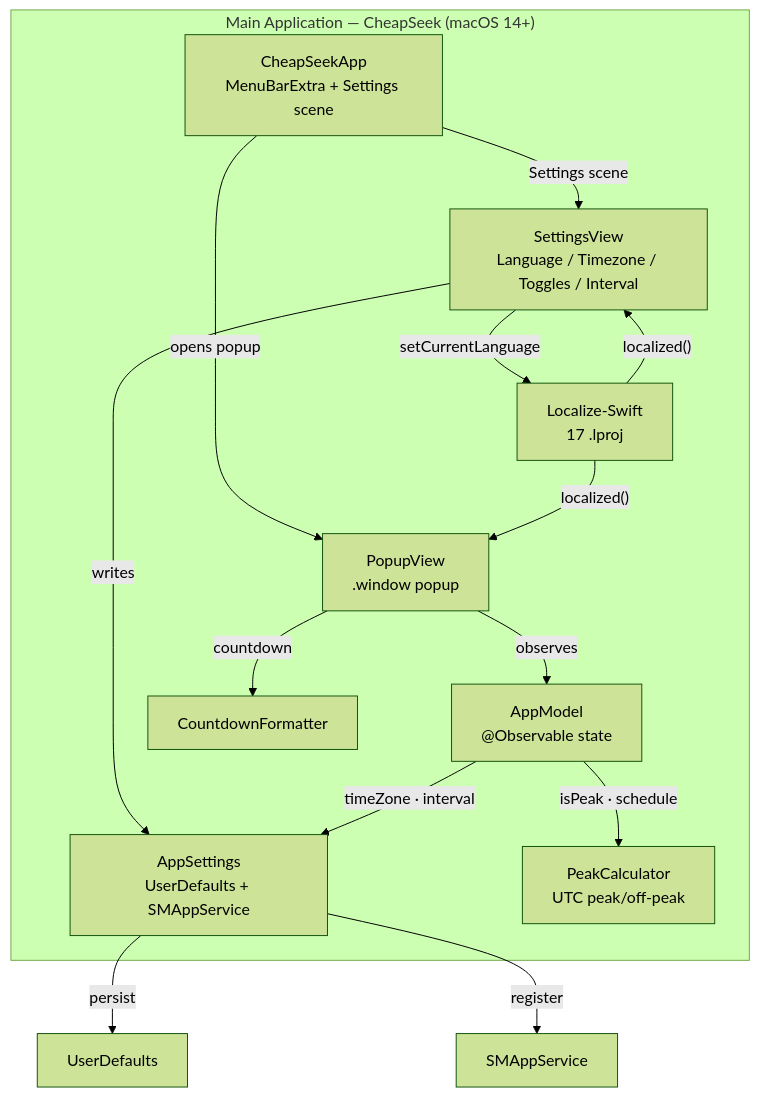
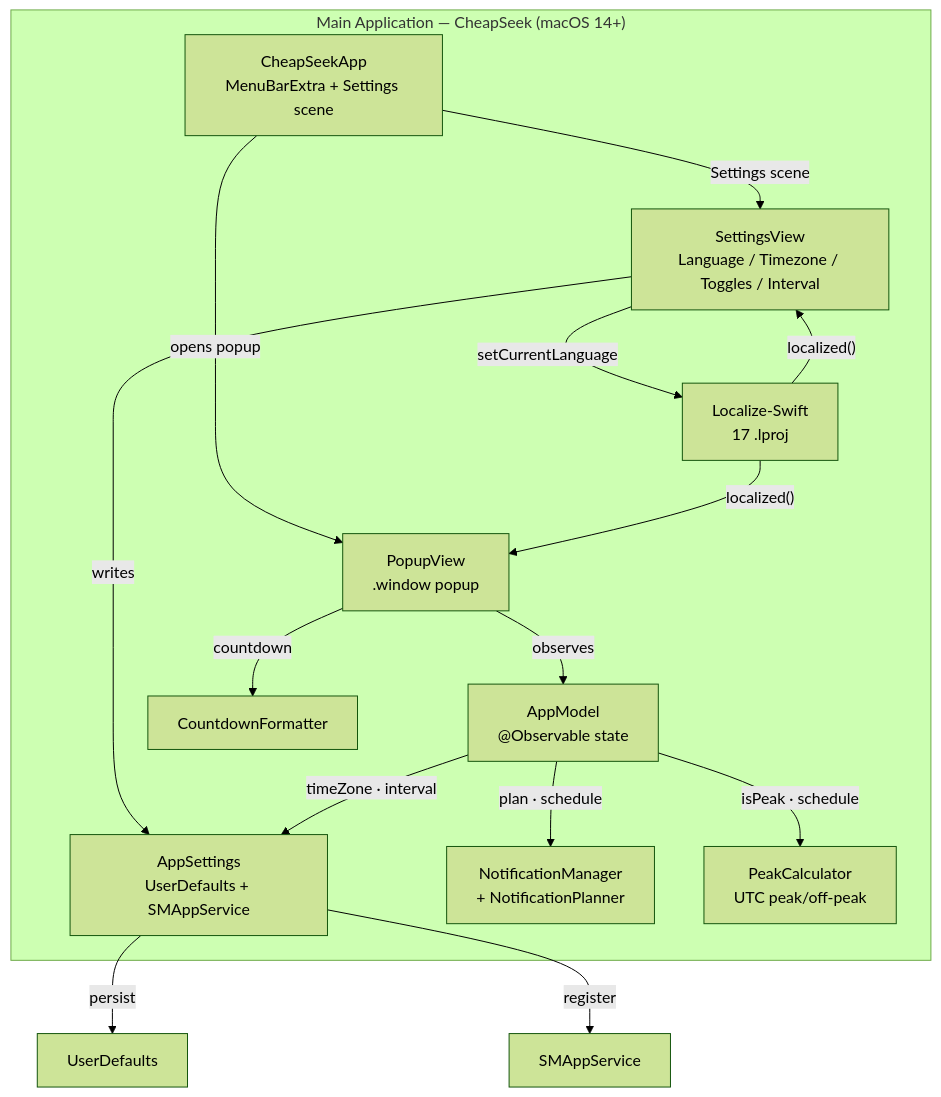
Before and after one commit to mahirfatih/cheapseek: the diagram in README.md, drawn with Mermaid (forest theme). The commit also changed other lines of this file and 31 other files, not shown here.

Commit message:
Add pure notification planner for peak transitions

````diff
--- a/README.md
+++ b/README.md
@@ -46,26 +47,28 @@
 ```mermaid
 graph TD
     subgraph App["Main Application — CheapSeek (macOS 14+)"]
         Entry["CheapSeekApp<br/>MenuBarExtra + Settings scene"]
         Popup["PopupView<br/>.window popup"]
         Settings["SettingsView<br/>Language / Timezone / Toggles / Interval"]
         Model["AppModel<br/>@Observable state"]
         Config["AppSettings<br/>UserDefaults + SMAppService"]
+        Notify["NotificationManager<br/>+ NotificationPlanner"]
         Core["PeakCalculator<br/>UTC peak/off-peak"]
         Fmt["CountdownFormatter"]
         L10n["Localize-Swift<br/>17 .lproj"]
     end
 
     Entry -->|"opens popup"| Popup
     Entry -->|"Settings scene"| Settings
     Popup -->|"observes"| Model
     Popup -->|"countdown"| Fmt
     Settings -->|"writes"| Config
     Settings -->|"setCurrentLanguage"| L10n
     Model -->|"isPeak · schedule"| Core
     Model -->|"timeZone · interval"| Config
+    Model -->|"plan · schedule"| Notify
     Config -->|"persist"| Store["UserDefaults"]
     Config -->|"register"| SM["SMAppService"]
     L10n -->|"localized()"| Popup
     L10n -->|"localized()"| Settings
 ```
````
